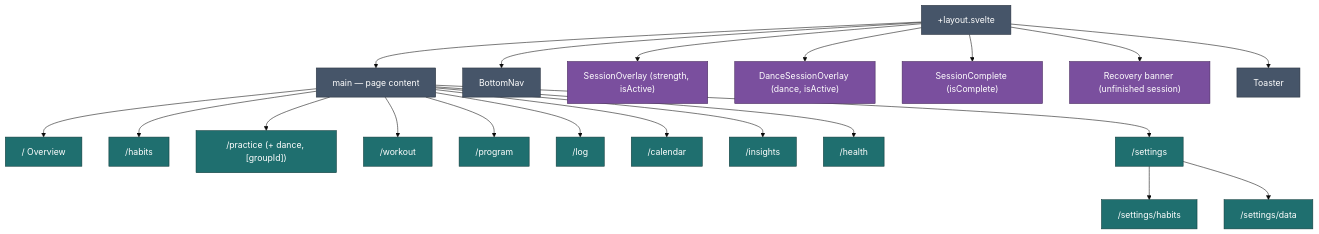
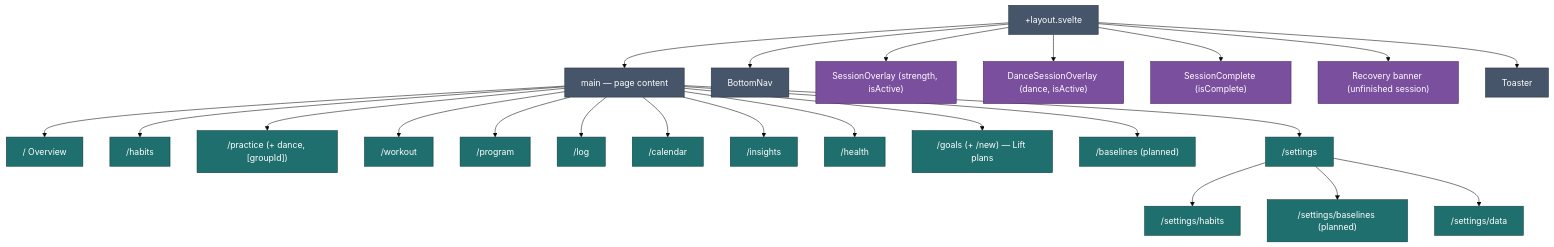
The first of 2 diagrams in docs/implementation/app-structure.md (jermbo/CosmicWorkOut), drawn with Mermaid (base theme) before and after one commit. The commit also changed other lines of this file and 229 other files, not shown here.

````diff
--- a/docs/implementation/app-structure.md
+++ b/docs/implementation/app-structure.md
@@ -34,31 +43,34 @@
 ```mermaid
 flowchart TB
     Layout["+layout.svelte"]
     Layout --> Main["main — page content"]
     Layout --> Nav[BottomNav]
     Layout --> Overlay["SessionOverlay (strength, isActive)"]
     Layout --> Dance["DanceSessionOverlay (dance, isActive)"]
     Layout --> Complete["SessionComplete (isComplete)"]
     Layout --> Recovery["Recovery banner (unfinished session)"]
     Layout --> Toast["Toaster"]
 
     Main --> Today["/ Overview"]
     Main --> Habits["/habits"]
     Main --> Practice["/practice (+ dance, [groupId])"]
     Main --> Workout["/workout"]
     Main --> Program["/program"]
     Main --> Log["/log"]
     Main --> Calendar["/calendar"]
     Main --> Insights["/insights"]
     Main --> Health["/health"]
+    Main --> Goals["/goals (+ /new) — Lift plans"]
+    Main --> Baselines["/baselines (planned)"]
     Main --> Settings["/settings"]
     Settings --> SettingsHab["/settings/habits"]
+    Settings --> SettingsBaselines["/settings/baselines (planned)"]
     Settings --> SettingsData["/settings/data"]
 
     classDef shell fill:#465569,stroke:#28313e,color:#ffffff;
     classDef overlay fill:#7a4f9e,stroke:#46295c,color:#ffffff;
     classDef route fill:#1f6f6f,stroke:#0f3a3a,color:#ffffff;
     class Layout,Main,Nav,Toast shell;
     class Overlay,Dance,Complete,Recovery overlay;
-    class Today,Habits,Practice,Workout,Program,Log,Calendar,Insights,Health,Settings,SettingsHab,SettingsData route;
+    class Today,Habits,Practice,Workout,Program,Log,Calendar,Insights,Health,Goals,Baselines,Settings,SettingsHab,SettingsBaselines,SettingsData route;
 ```
````
